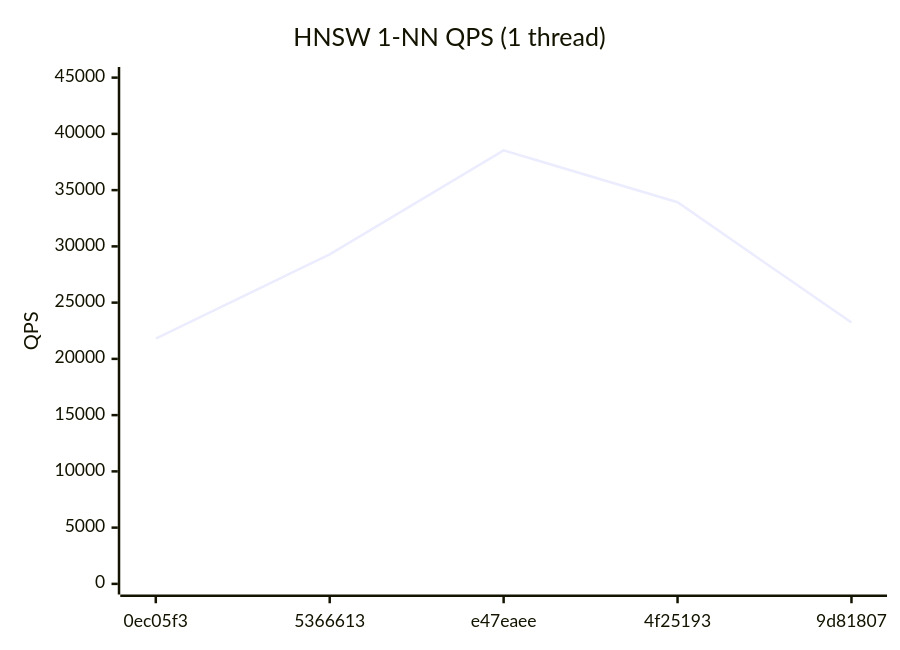
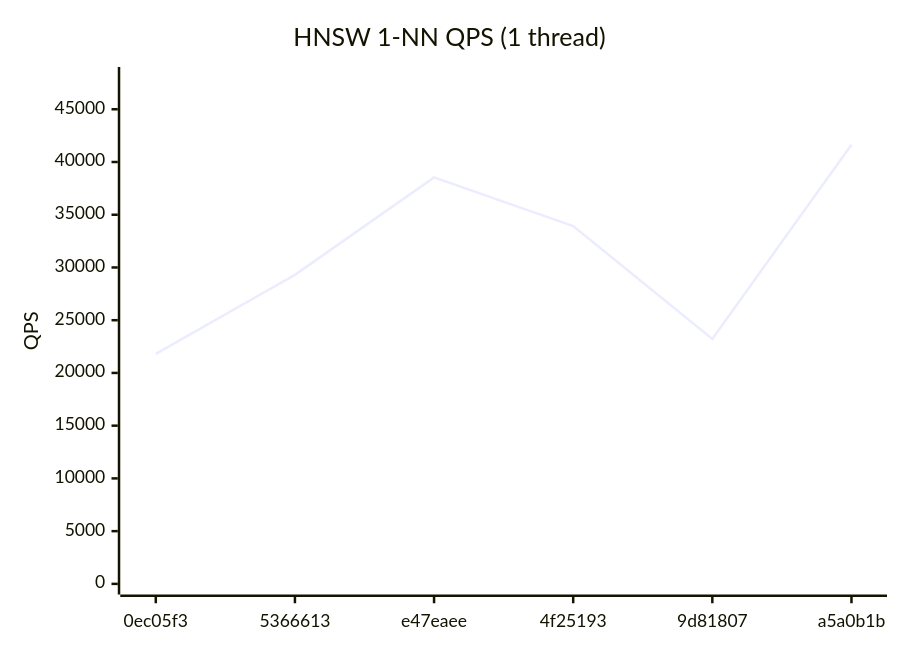
One commit to bibidhSubedi0/RedBoxDb changed the first of 4 diagrams in benchmarks/REPORT.md. Above: the diagram before and after it, drawn with Mermaid. The commit also changed other lines of this file and 1 other file, not shown here.

````diff
--- a/benchmarks/REPORT.md
+++ b/benchmarks/REPORT.md
@@ -19,7 +19,7 @@
 ```mermaid
 xychart-beta
   title "HNSW 1-NN QPS (1 thread)"
-  x-axis ["0ec05f3", "5366613", "e47eaee", "4f25193", "9d81807"]
-  y-axis "QPS" 0 --> 45000
-  line [21803, 29297, 38537, 33923, 23225]
+  x-axis ["0ec05f3", "5366613", "e47eaee", "4f25193", "9d81807", "a5a0b1b"]
+  y-axis "QPS" 0 --> 48000
+  line [21803, 29297, 38537, 33923, 23225, 41636]
 ```
````
